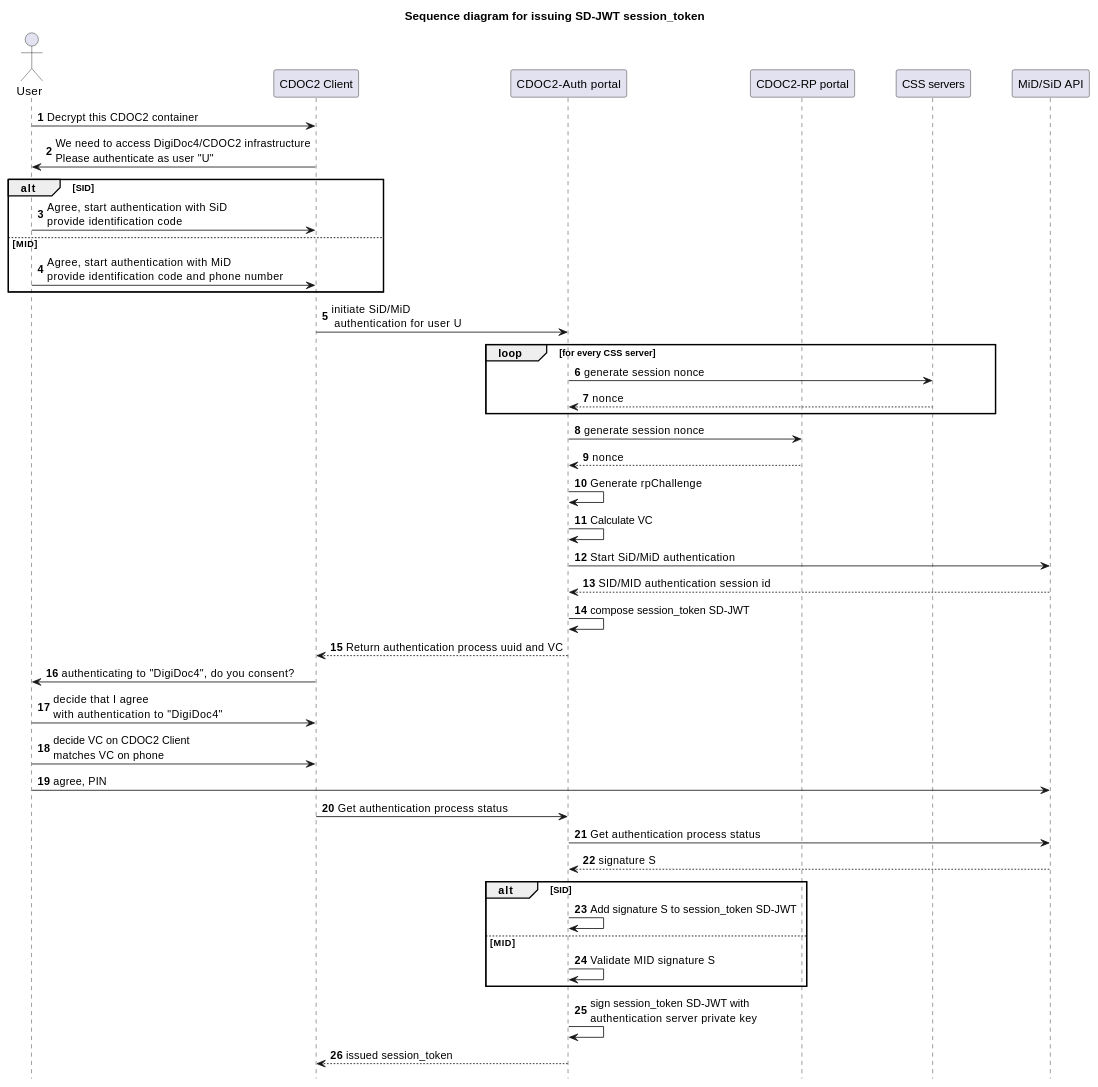
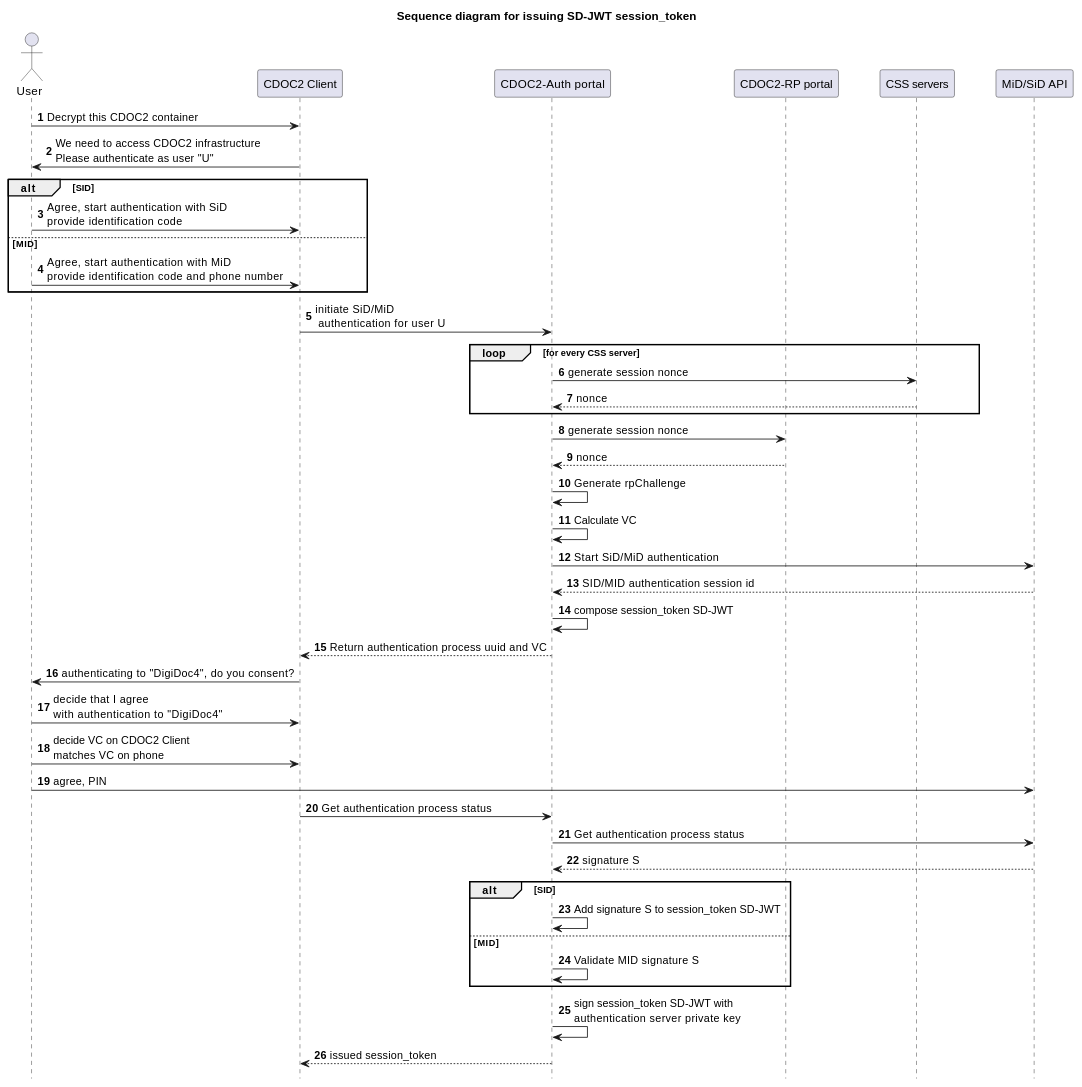
The first of 2 diagrams in cdoc2-system-docs/docs/02_protocol_and_cryptography_spec/ch06_ID_authentication_protocol.md (open-eid/CDOC2), drawn with PlantUML before and after one commit. The commit also changed other lines of this file and 6 other files, not shown here.

````diff
--- a/cdoc2-system-docs/docs/02_protocol_and_cryptography_spec/ch06_ID_authentication_protocol.md
+++ b/cdoc2-system-docs/docs/02_protocol_and_cryptography_spec/ch06_ID_authentication_protocol.md
@@ -36,58 +36,58 @@
 ```plantuml
 @startuml
 skinparam ParticipantPadding 20
 skinparam BoxPadding 30
 hide footbox
 autonumber
 
 title Sequence diagram for issuing SD-JWT session_token
 
 actor User
 participant "CDOC2 Client" as CLIENT
 participant "CDOC2-Auth portal" as AUTH
 participant "CDOC2-RP portal" as CRP
 participant "CSS servers" as CSS
 participant "MiD/SiD API" as SID
 
 User -> CLIENT : Decrypt this CDOC2 container
-CLIENT -> User : We need to access DigiDoc4/CDOC2 infrastructure\nPlease authenticate as user "U"
+CLIENT -> User : We need to access CDOC2 infrastructure\nPlease authenticate as user "U"
 
 alt SID
   User -> CLIENT : Agree, start authentication with SiD \nprovide identification code
 else MID
   User -> CLIENT : Agree, start authentication with MiD \nprovide identification code and phone number
 end
 
 CLIENT -> AUTH : initiate SiD/MiD\n authentication for user U
 
 loop for every CSS server
     AUTH -> CSS : generate session nonce
     CSS --> AUTH : nonce
 end
 AUTH -> CRP : generate session nonce
 CRP --> AUTH: nonce
 AUTH -> AUTH : Generate rpChallenge
 AUTH -> AUTH : Calculate VC
 AUTH -> SID : Start SiD/MiD authentication
 SID --> AUTH : SID/MID authentication session id
 AUTH -> AUTH : compose session_token SD-JWT
 
 AUTH --> CLIENT : Return authentication process uuid and VC
 CLIENT -> User : authenticating to "DigiDoc4", do you consent?
 
 User -> CLIENT : decide that I agree\nwith authentication to "DigiDoc4"
 User -> CLIENT : decide VC on CDOC2 Client\nmatches VC on phone
 User -> SID : agree, PIN
 
 CLIENT -> AUTH : Get authentication process status
 AUTH -> SID : Get authentication process status
 SID --> AUTH : signature S
 alt SID
     AUTH -> AUTH : Add signature S to session_token SD-JWT
 else MID
     AUTH -> AUTH: Validate MID signature S
 end 
 AUTH -> AUTH : sign session_token SD-JWT with \nauthentication server private key
 AUTH --> CLIENT : issued session_token
 @enduml
 ```
````
